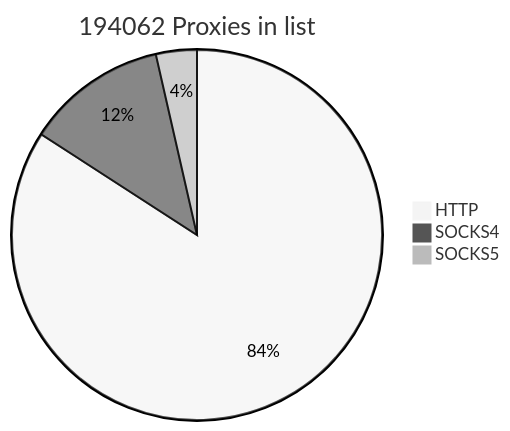
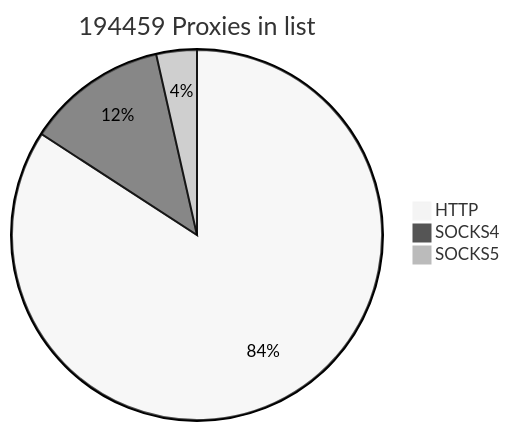
One commit to cutipu/proxylist changed the first of 2 diagrams in README.md. Above: the diagram before and after it, drawn with Mermaid (neutral theme). The commit also changed other lines of this file, not shown here.

````diff
--- a/README.md
+++ b/README.md
@@ -2,7 +2,7 @@
 ```mermaid
-pie title 194062 Proxies in list
-    "HTTP" : 163275
-    "SOCKS4" : 23864
-    "SOCKS5" : 6923
+pie title 194459 Proxies in list
+    "HTTP" : 163669
+    "SOCKS4" : 23908
+    "SOCKS5" : 6882
             
 ```
````
